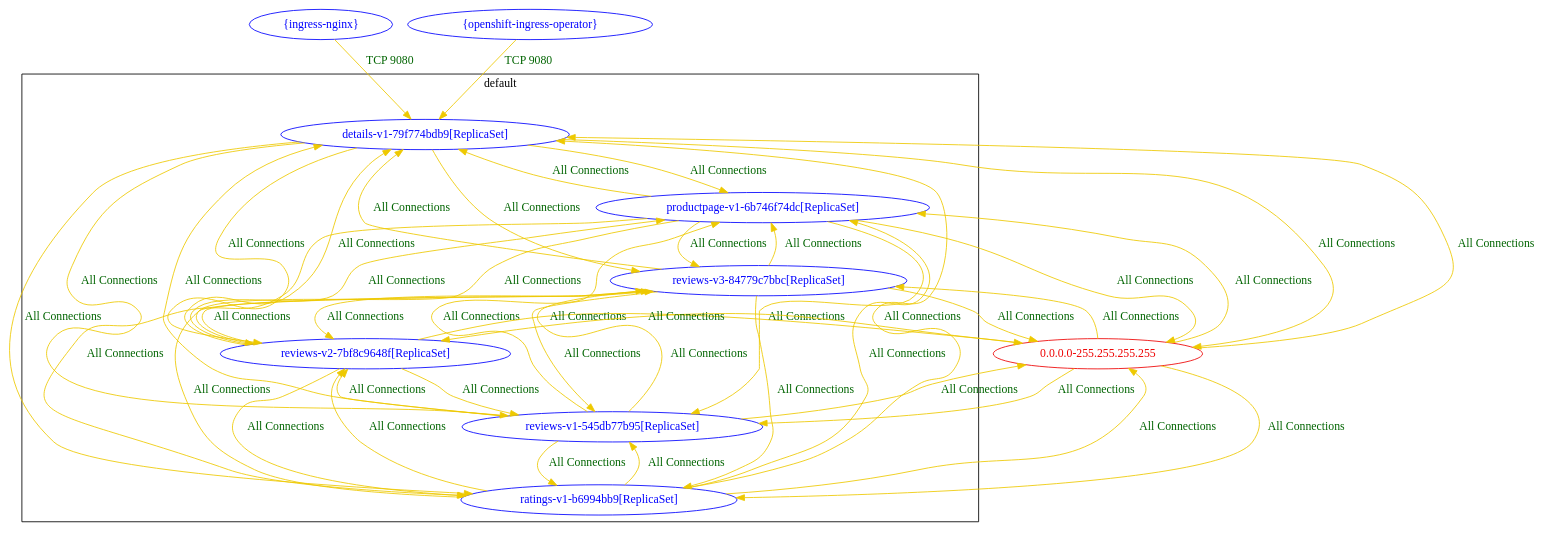
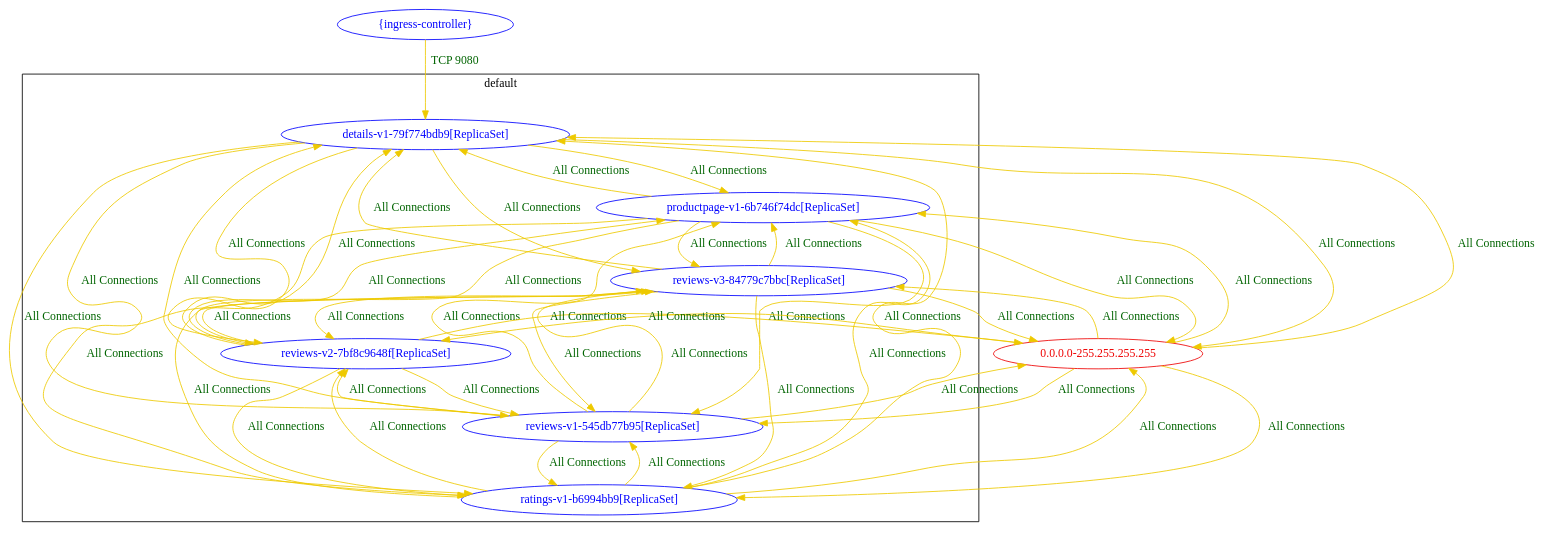
Before and after one commit to np-guard/netpol-analyzer: the diagram in test_outputs/connlist/k8s_ingress_test_connlist_output.dot, drawn with Graphviz. The commit also changed 83 other files, not shown here.

```diff
--- a/test_outputs/connlist/k8s_ingress_test_connlist_output.dot
+++ b/test_outputs/connlist/k8s_ingress_test_connlist_output.dot
@@ -1,58 +1,56 @@
 digraph {
 	subgraph cluster_default {
 		"default/details-v1-79f774bdb9[ReplicaSet]" [label="details-v1-79f774bdb9[ReplicaSet]" color="blue" fontcolor="blue"]
 		"default/productpage-v1-6b746f74dc[ReplicaSet]" [label="productpage-v1-6b746f74dc[ReplicaSet]" color="blue" fontcolor="blue"]
 		"default/ratings-v1-b6994bb9[ReplicaSet]" [label="ratings-v1-b6994bb9[ReplicaSet]" color="blue" fontcolor="blue"]
 		"default/reviews-v1-545db77b95[ReplicaSet]" [label="reviews-v1-545db77b95[ReplicaSet]" color="blue" fontcolor="blue"]
 		"default/reviews-v2-7bf8c9648f[ReplicaSet]" [label="reviews-v2-7bf8c9648f[ReplicaSet]" color="blue" fontcolor="blue"]
 		"default/reviews-v3-84779c7bbc[ReplicaSet]" [label="reviews-v3-84779c7bbc[ReplicaSet]" color="blue" fontcolor="blue"]
 		label="default"
 	}
 	"0.0.0.0-255.255.255.255" [label="0.0.0.0-255.255.255.255" color="red2" fontcolor="red2"]
-	"{ingress-nginx}" [label="{ingress-nginx}" color="blue" fontcolor="blue"]
-	"{openshift-ingress-operator}" [label="{openshift-ingress-operator}" color="blue" fontcolor="blue"]
+	"{ingress-controller}" [label="{ingress-controller}" color="blue" fontcolor="blue"]
 	"0.0.0.0-255.255.255.255" -> "default/details-v1-79f774bdb9[ReplicaSet]" [label="All Connections" color="gold2" fontcolor="darkgreen"]
 	"0.0.0.0-255.255.255.255" -> "default/productpage-v1-6b746f74dc[ReplicaSet]" [label="All Connections" color="gold2" fontcolor="darkgreen"]
 	"0.0.0.0-255.255.255.255" -> "default/ratings-v1-b6994bb9[ReplicaSet]" [label="All Connections" color="gold2" fontcolor="darkgreen"]
 	"0.0.0.0-255.255.255.255" -> "default/reviews-v1-545db77b95[ReplicaSet]" [label="All Connections" color="gold2" fontcolor="darkgreen"]
 	"0.0.0.0-255.255.255.255" -> "default/reviews-v2-7bf8c9648f[ReplicaSet]" [label="All Connections" color="gold2" fontcolor="darkgreen"]
 	"0.0.0.0-255.255.255.255" -> "default/reviews-v3-84779c7bbc[ReplicaSet]" [label="All Connections" color="gold2" fontcolor="darkgreen"]
 	"default/details-v1-79f774bdb9[ReplicaSet]" -> "0.0.0.0-255.255.255.255" [label="All Connections" color="gold2" fontcolor="darkgreen"]
 	"default/details-v1-79f774bdb9[ReplicaSet]" -> "default/productpage-v1-6b746f74dc[ReplicaSet]" [label="All Connections" color="gold2" fontcolor="darkgreen"]
 	"default/details-v1-79f774bdb9[ReplicaSet]" -> "default/ratings-v1-b6994bb9[ReplicaSet]" [label="All Connections" color="gold2" fontcolor="darkgreen"]
 	"default/details-v1-79f774bdb9[ReplicaSet]" -> "default/reviews-v1-545db77b95[ReplicaSet]" [label="All Connections" color="gold2" fontcolor="darkgreen"]
 	"default/details-v1-79f774bdb9[ReplicaSet]" -> "default/reviews-v2-7bf8c9648f[ReplicaSet]" [label="All Connections" color="gold2" fontcolor="darkgreen"]
 	"default/details-v1-79f774bdb9[ReplicaSet]" -> "default/reviews-v3-84779c7bbc[ReplicaSet]" [label="All Connections" color="gold2" fontcolor="darkgreen"]
 	"default/productpage-v1-6b746f74dc[ReplicaSet]" -> "0.0.0.0-255.255.255.255" [label="All Connections" color="gold2" fontcolor="darkgreen"]
 	"default/productpage-v1-6b746f74dc[ReplicaSet]" -> "default/details-v1-79f774bdb9[ReplicaSet]" [label="All Connections" color="gold2" fontcolor="darkgreen"]
 	"default/productpage-v1-6b746f74dc[ReplicaSet]" -> "default/ratings-v1-b6994bb9[ReplicaSet]" [label="All Connections" color="gold2" fontcolor="darkgreen"]
 	"default/productpage-v1-6b746f74dc[ReplicaSet]" -> "default/reviews-v1-545db77b95[ReplicaSet]" [label="All Connections" color="gold2" fontcolor="darkgreen"]
 	"default/productpage-v1-6b746f74dc[ReplicaSet]" -> "default/reviews-v2-7bf8c9648f[ReplicaSet]" [label="All Connections" color="gold2" fontcolor="darkgreen"]
 	"default/productpage-v1-6b746f74dc[ReplicaSet]" -> "default/reviews-v3-84779c7bbc[ReplicaSet]" [label="All Connections" color="gold2" fontcolor="darkgreen"]
 	"default/ratings-v1-b6994bb9[ReplicaSet]" -> "0.0.0.0-255.255.255.255" [label="All Connections" color="gold2" fontcolor="darkgreen"]
 	"default/ratings-v1-b6994bb9[ReplicaSet]" -> "default/details-v1-79f774bdb9[ReplicaSet]" [label="All Connections" color="gold2" fontcolor="darkgreen"]
 	"default/ratings-v1-b6994bb9[ReplicaSet]" -> "default/productpage-v1-6b746f74dc[ReplicaSet]" [label="All Connections" color="gold2" fontcolor="darkgreen"]
 	"default/ratings-v1-b6994bb9[ReplicaSet]" -> "default/reviews-v1-545db77b95[ReplicaSet]" [label="All Connections" color="gold2" fontcolor="darkgreen"]
 	"default/ratings-v1-b6994bb9[ReplicaSet]" -> "default/reviews-v2-7bf8c9648f[ReplicaSet]" [label="All Connections" color="gold2" fontcolor="darkgreen"]
 	"default/ratings-v1-b6994bb9[ReplicaSet]" -> "default/reviews-v3-84779c7bbc[ReplicaSet]" [label="All Connections" color="gold2" fontcolor="darkgreen"]
 	"default/reviews-v1-545db77b95[ReplicaSet]" -> "0.0.0.0-255.255.255.255" [label="All Connections" color="gold2" fontcolor="darkgreen"]
 	"default/reviews-v1-545db77b95[ReplicaSet]" -> "default/details-v1-79f774bdb9[ReplicaSet]" [label="All Connections" color="gold2" fontcolor="darkgreen"]
 	"default/reviews-v1-545db77b95[ReplicaSet]" -> "default/productpage-v1-6b746f74dc[ReplicaSet]" [label="All Connections" color="gold2" fontcolor="darkgreen"]
 	"default/reviews-v1-545db77b95[ReplicaSet]" -> "default/ratings-v1-b6994bb9[ReplicaSet]" [label="All Connections" color="gold2" fontcolor="darkgreen"]
 	"default/reviews-v1-545db77b95[ReplicaSet]" -> "default/reviews-v2-7bf8c9648f[ReplicaSet]" [label="All Connections" color="gold2" fontcolor="darkgreen"]
 	"default/reviews-v1-545db77b95[ReplicaSet]" -> "default/reviews-v3-84779c7bbc[ReplicaSet]" [label="All Connections" color="gold2" fontcolor="darkgreen"]
 	"default/reviews-v2-7bf8c9648f[ReplicaSet]" -> "0.0.0.0-255.255.255.255" [label="All Connections" color="gold2" fontcolor="darkgreen"]
 	"default/reviews-v2-7bf8c9648f[ReplicaSet]" -> "default/details-v1-79f774bdb9[ReplicaSet]" [label="All Connections" color="gold2" fontcolor="darkgreen"]
 	"default/reviews-v2-7bf8c9648f[ReplicaSet]" -> "default/productpage-v1-6b746f74dc[ReplicaSet]" [label="All Connections" color="gold2" fontcolor="darkgreen"]
 	"default/reviews-v2-7bf8c9648f[ReplicaSet]" -> "default/ratings-v1-b6994bb9[ReplicaSet]" [label="All Connections" color="gold2" fontcolor="darkgreen"]
 	"default/reviews-v2-7bf8c9648f[ReplicaSet]" -> "default/reviews-v1-545db77b95[ReplicaSet]" [label="All Connections" color="gold2" fontcolor="darkgreen"]
 	"default/reviews-v2-7bf8c9648f[ReplicaSet]" -> "default/reviews-v3-84779c7bbc[ReplicaSet]" [label="All Connections" color="gold2" fontcolor="darkgreen"]
 	"default/reviews-v3-84779c7bbc[ReplicaSet]" -> "0.0.0.0-255.255.255.255" [label="All Connections" color="gold2" fontcolor="darkgreen"]
 	"default/reviews-v3-84779c7bbc[ReplicaSet]" -> "default/details-v1-79f774bdb9[ReplicaSet]" [label="All Connections" color="gold2" fontcolor="darkgreen"]
 	"default/reviews-v3-84779c7bbc[ReplicaSet]" -> "default/productpage-v1-6b746f74dc[ReplicaSet]" [label="All Connections" color="gold2" fontcolor="darkgreen"]
 	"default/reviews-v3-84779c7bbc[ReplicaSet]" -> "default/ratings-v1-b6994bb9[ReplicaSet]" [label="All Connections" color="gold2" fontcolor="darkgreen"]
 	"default/reviews-v3-84779c7bbc[ReplicaSet]" -> "default/reviews-v1-545db77b95[ReplicaSet]" [label="All Connections" color="gold2" fontcolor="darkgreen"]
 	"default/reviews-v3-84779c7bbc[ReplicaSet]" -> "default/reviews-v2-7bf8c9648f[ReplicaSet]" [label="All Connections" color="gold2" fontcolor="darkgreen"]
-	"{ingress-nginx}" -> "default/details-v1-79f774bdb9[ReplicaSet]" [label="TCP 9080" color="gold2" fontcolor="darkgreen"]
-	"{openshift-ingress-operator}" -> "default/details-v1-79f774bdb9[ReplicaSet]" [label="TCP 9080" color="gold2" fontcolor="darkgreen"]
+	"{ingress-controller}" -> "default/details-v1-79f774bdb9[ReplicaSet]" [label="TCP 9080" color="gold2" fontcolor="darkgreen"]
 }
```
